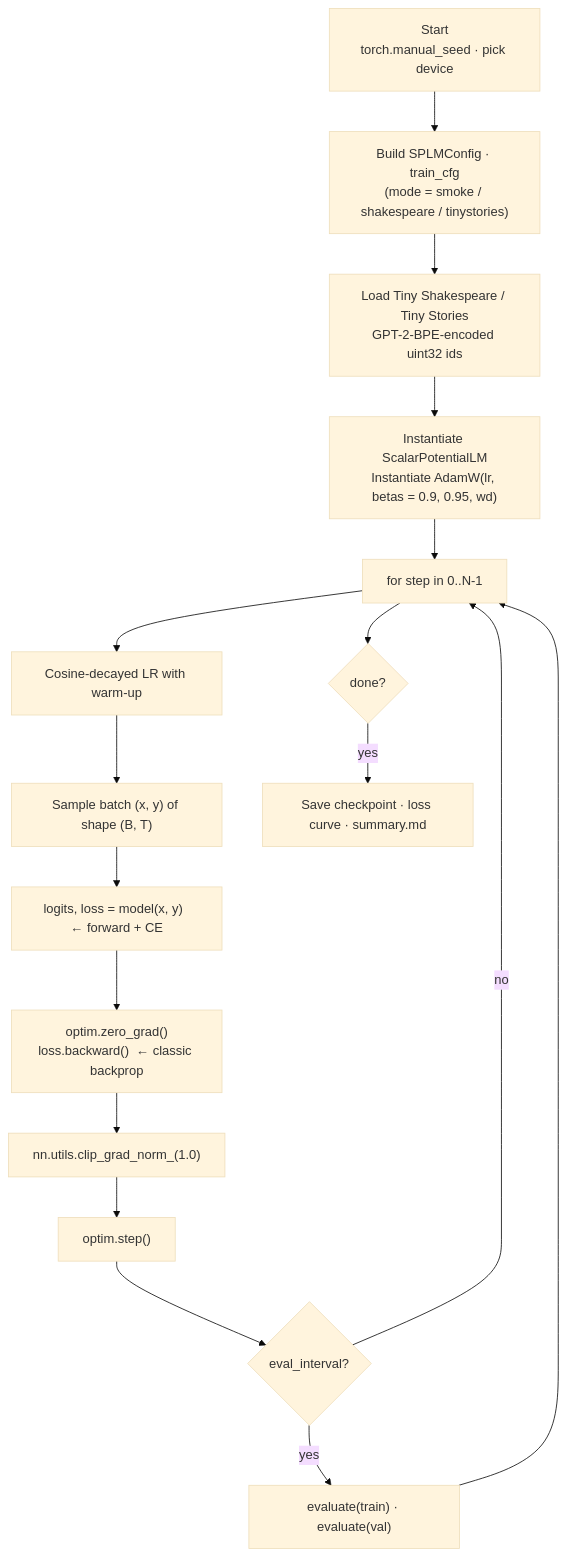
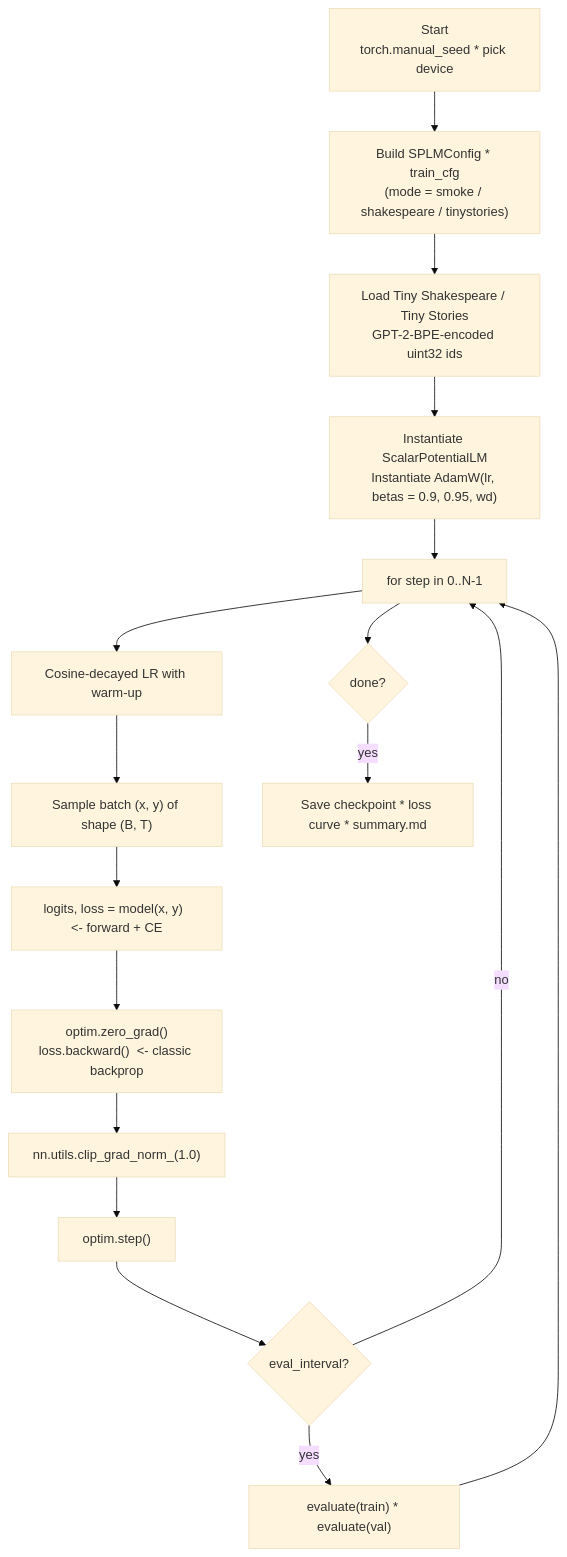
Before and after one commit to dimitarpg13/semsimula-paper: the first of 5 diagrams in companion_notes/Training_and_Inference_with_SPLM.md, drawn with Mermaid (base theme). The commit also changed other lines of this file and 36 other files, not shown here.

First line of the commit message:
Sync companion notes: Claim A status update, Mermaid/LaTeX fixes, new files

````diff
--- a/companion_notes/Training_and_Inference_with_SPLM.md
+++ b/companion_notes/Training_and_Inference_with_SPLM.md
@@ -65,19 +65,19 @@
 ```mermaid
 flowchart TD
-    A["Start<br/>torch.manual_seed · pick device"] --> B["Build SPLMConfig · train_cfg<br/>(mode = smoke / shakespeare / tinystories)"]
-    B --> C["Load Tiny Shakespeare / Tiny Stories<br/>GPT-2-BPE-encoded uint32 ids"]
-    C --> D["Instantiate ScalarPotentialLM<br/>Instantiate AdamW(lr, betas = 0.9, 0.95, wd)"]
+    A["Start<br>torch.manual_seed * pick device"] --> B["Build SPLMConfig * train_cfg<br>(mode = smoke / shakespeare / tinystories)"]
+    B --> C["Load Tiny Shakespeare / Tiny Stories<br>GPT-2-BPE-encoded uint32 ids"]
+    C --> D["Instantiate ScalarPotentialLM<br>Instantiate AdamW(lr, betas = 0.9, 0.95, wd)"]
     D --> E["for step in 0..N-1"]
     E --> F["Cosine-decayed LR with warm-up"]
     F --> G["Sample batch (x, y) of shape (B, T)"]
-    G --> H["logits, loss = model(x, y)  ← forward + CE"]
-    H --> I["optim.zero_grad()<br/>loss.backward()  ← classic backprop"]
+    G --> H["logits, loss = model(x, y)  <- forward + CE"]
+    H --> I["optim.zero_grad()<br>loss.backward()  <- classic backprop"]
     I --> J["nn.utils.clip_grad_norm_(1.0)"]
     J --> K["optim.step()"]
     K --> L{"eval_interval?"}
-    L -- yes --> M["evaluate(train) · evaluate(val)"]
+    L -- yes --> M["evaluate(train) * evaluate(val)"]
     L -- no  --> E
     M --> E
     E --> N{"done?"}
-    N -- yes --> O["Save checkpoint · loss curve · summary.md"]
+    N -- yes --> O["Save checkpoint * loss curve * summary.md"]
 ```
````
